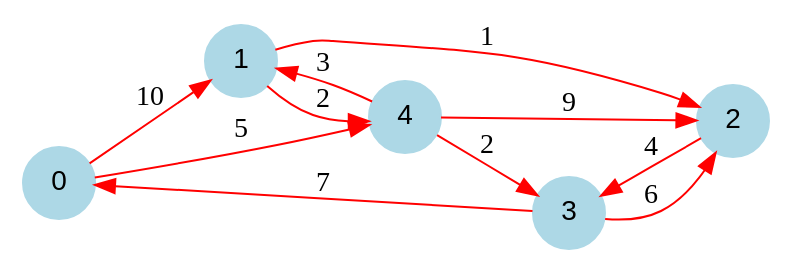
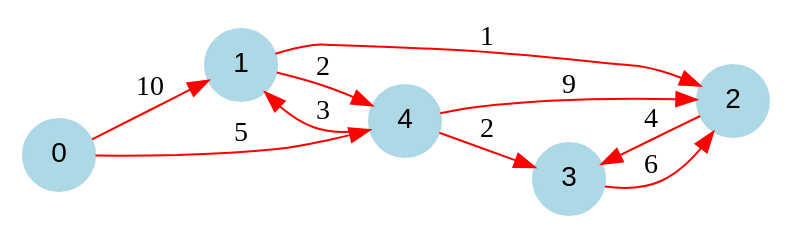
Before and after one commit to benech17/Shortest-Path: the diagram in programme2/output/dot/graph3.dot, drawn with Graphviz. The commit also changed 19 other files, not shown here.

Commit message:
fichier .la to graph (exemple2) + Readme

```diff
--- a/programme2/output/dot/graph3.dot
+++ b/programme2/output/dot/graph3.dot
@@ -1,15 +1,14 @@
 digraph graphe {
 rankdir = LR;
 node [fontname="Arial", shape = circle, color=lightblue, style=filled];
 edge [color=red]
 	0 -> 1 [label = "10"];
 	0 -> 4 [label = "5"];
 	1 -> 2 [label = "1"];
 	1 -> 4 [label = "2"];
 	2 -> 3 [label = "4"];
-	3 -> 0 [label = "7"];
 	3 -> 2 [label = "6"];
 	4 -> 1 [label = "3"];
 	4 -> 2 [label = "9"];
 	4 -> 3 [label = "2"];
 }
```
